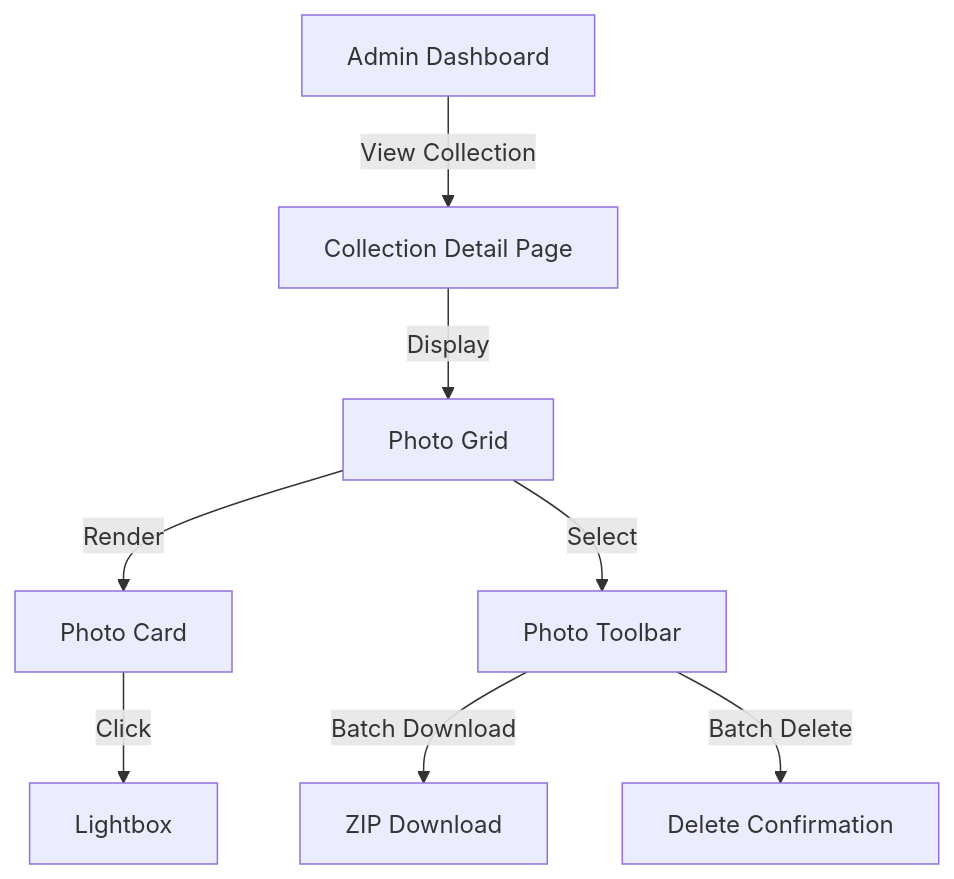
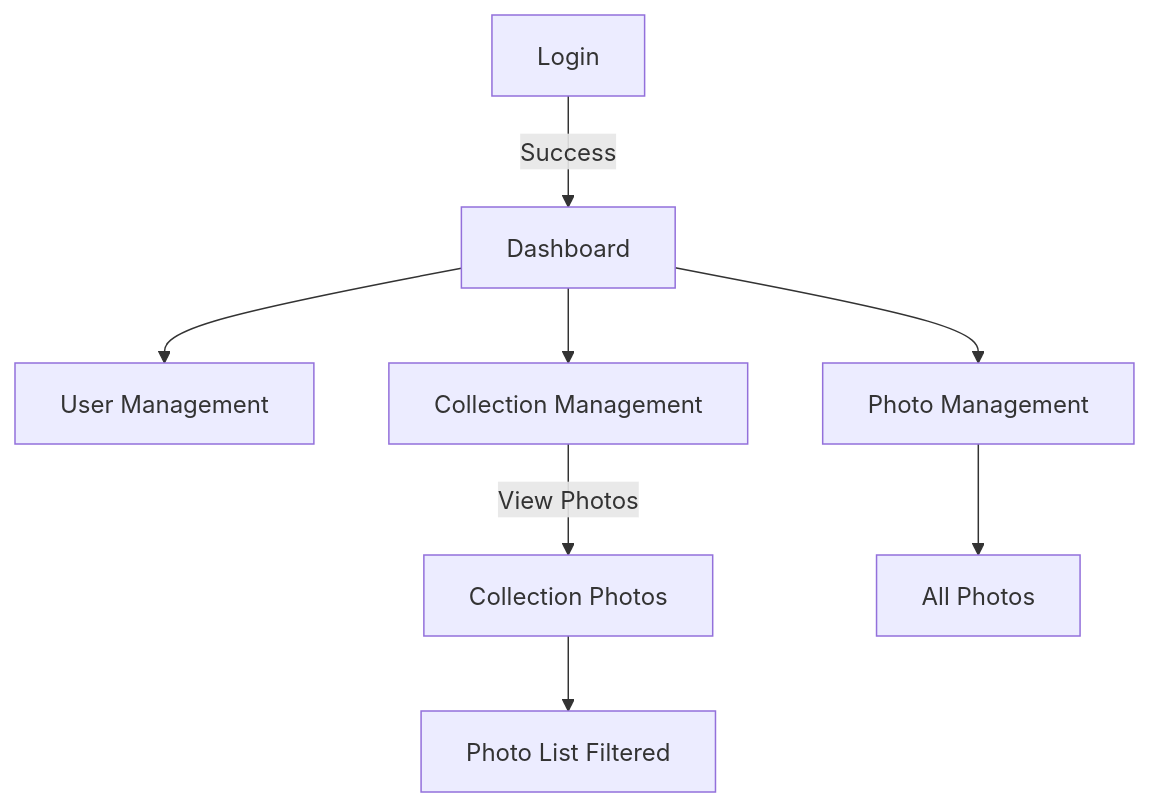
Before and after one commit to ZipperCode/photo-monorepo: the second of 3 diagrams in .spec-workflow/specs/phase-5-admin-ui/design.md, drawn with Mermaid. The commit also changed other lines of this file and 2 other files, not shown here.

````diff
--- a/.spec-workflow/specs/phase-5-admin-ui/design.md
+++ b/.spec-workflow/specs/phase-5-admin-ui/design.md
@@ -40,10 +103,10 @@
 ```mermaid
 graph TD
-    A[Admin Dashboard] -->|View Collection| B[Collection Detail Page]
-    B -->|Display| C[Photo Grid]
-    C -->|Render| D[Photo Card]
-    D -->|Click| E[Lightbox]
-    C -->|Select| F[Photo Toolbar]
-    F -->|Batch Download| G[ZIP Download]
-    F -->|Batch Delete| H[Delete Confirmation]
+    A[Login] -->|Success| B[Dashboard]
+    B --> C[User Management]
+    B --> D[Collection Management]
+    B --> E[Photo Management]
+    D -->|View Photos| F[Collection Photos]
+    F --> G[Photo List Filtered]
+    E --> H[All Photos]
 ```
````
